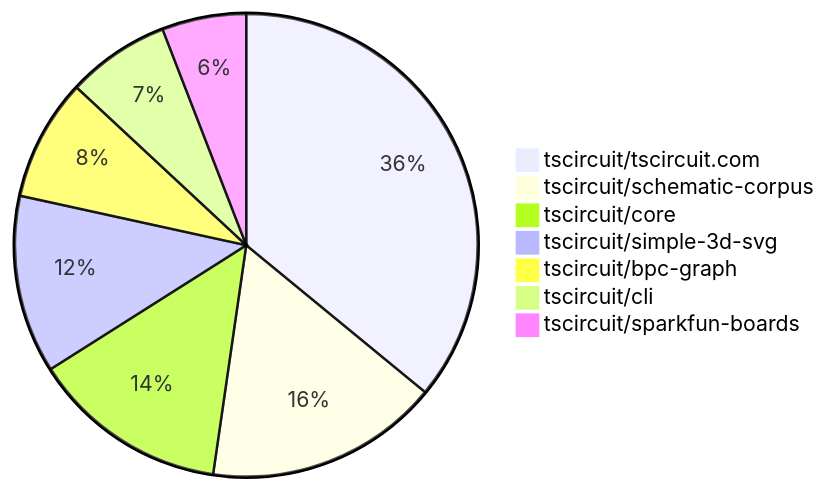
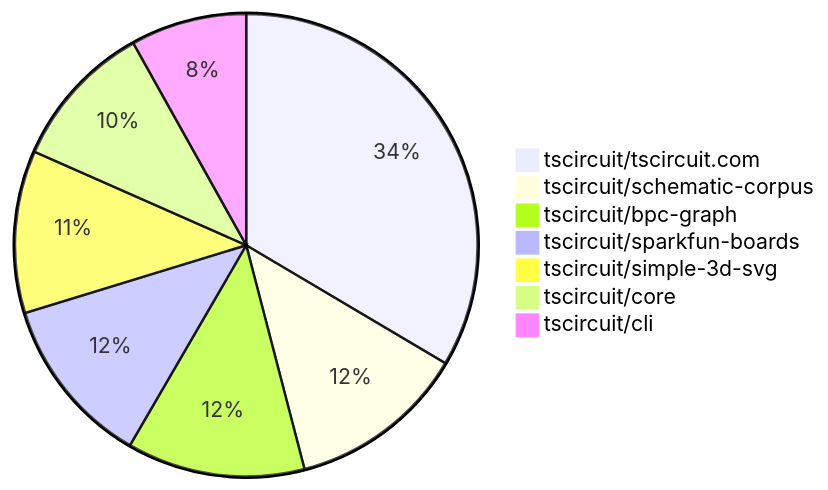
The second of 2 diagrams in README.md (tscircuit/contribution-tracker), drawn with Mermaid before and after one commit. The commit also changed other lines of this file and 3 other files, not shown here.

````diff
--- a/README.md
+++ b/README.md
@@ -108,10 +113,10 @@
 ```mermaid
 pie
-    "tscircuit/tscircuit.com" : 55
-    "tscircuit/schematic-corpus" : 25
-    "tscircuit/core" : 21
-    "tscircuit/simple-3d-svg" : 19
-    "tscircuit/bpc-graph" : 13
-    "tscircuit/cli" : 11
-    "tscircuit/sparkfun-boards" : 9
+    "tscircuit/tscircuit.com" : 62
+    "tscircuit/schematic-corpus" : 23
+    "tscircuit/bpc-graph" : 23
+    "tscircuit/sparkfun-boards" : 22
+    "tscircuit/simple-3d-svg" : 21
+    "tscircuit/core" : 19
+    "tscircuit/cli" : 15
 ```
````
